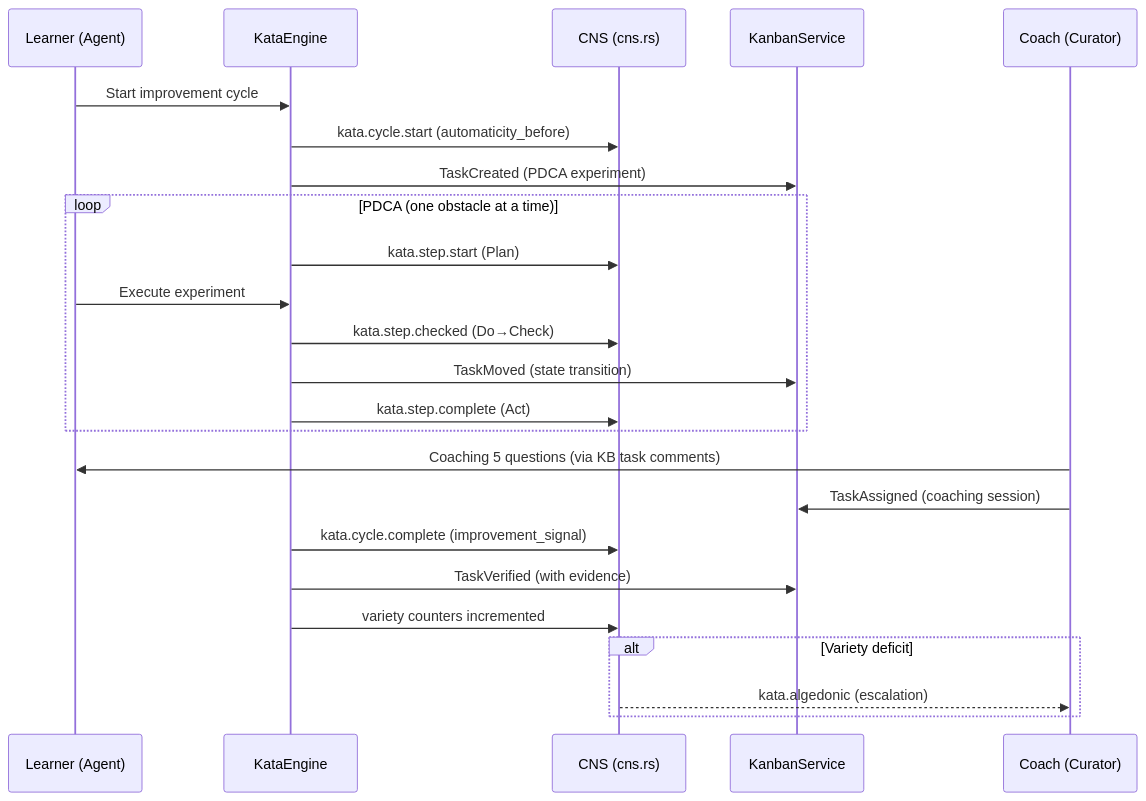
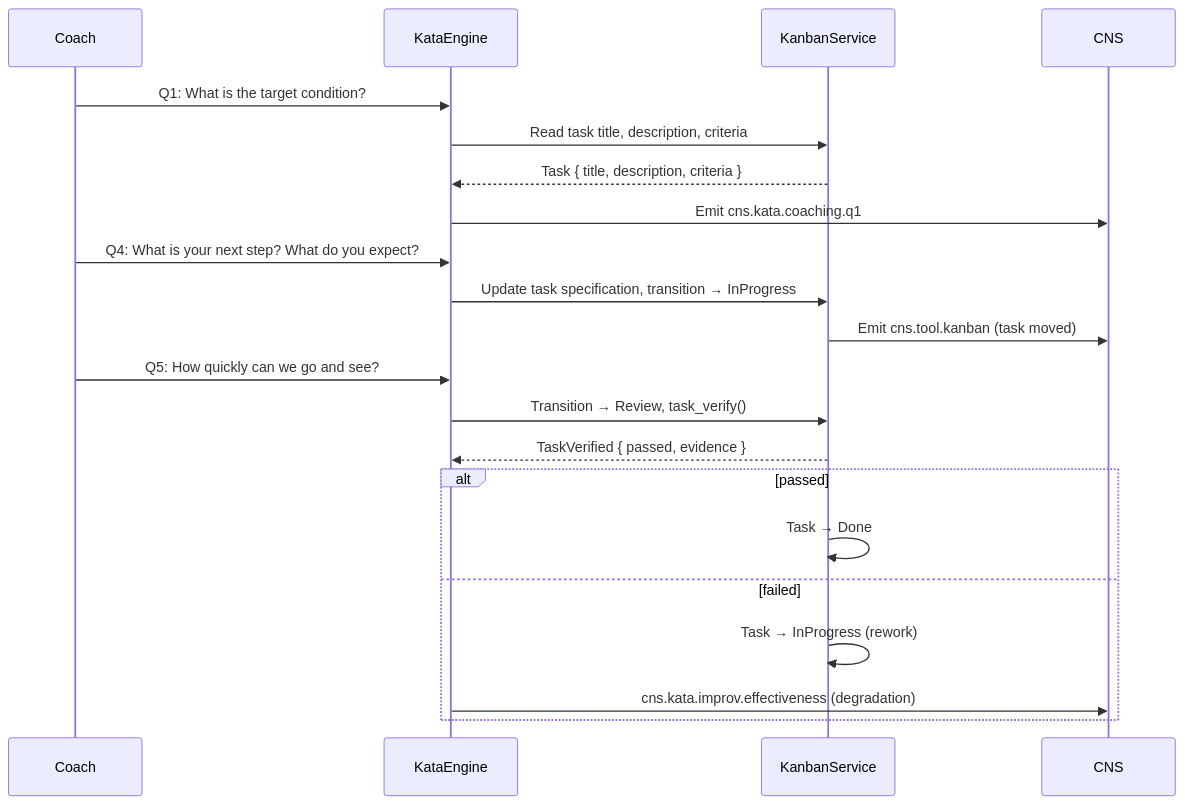
The fourth of 8 diagrams in docs/architecture/hKask-architecture-master.md (mdz-axo/hKask), drawn with Mermaid before and after one commit. The commit also changed other lines of this file and 23 other files, not shown here.

````diff
--- a/docs/architecture/hKask-architecture-master.md
+++ b/docs/architecture/hKask-architecture-master.md
@@ -544,31 +548,27 @@
 ```mermaid
 sequenceDiagram
-    participant L as Learner (Agent)
-    participant KE as KataEngine
-    participant CNS as CNS (cns.rs)
-    participant KB as KanbanService
-    participant C as Coach (Curator)
+    participant Coach
+    participant KataEngine
+    participant KanbanService
+    participant CNS
 
-    L->>KE: Start improvement cycle
-    KE->>CNS: kata.cycle.start (automaticity_before)
-    KE->>KB: TaskCreated (PDCA experiment)
-    
-    loop PDCA (one obstacle at a time)
-        KE->>CNS: kata.step.start (Plan)
-        L->>KE: Execute experiment
-        KE->>CNS: kata.step.checked (Do→Check)
-        KE->>KB: TaskMoved (state transition)
-        KE->>CNS: kata.step.complete (Act)
-    end
-    
-    C->>L: Coaching 5 questions (via KB task comments)
-    C->>KB: TaskAssigned (coaching session)
-    
-    KE->>CNS: kata.cycle.complete (improvement_signal)
-    KE->>KB: TaskVerified (with evidence)
-    KE->>CNS: variety counters incremented
-    
-    alt Variety deficit
-        CNS-->>C: kata.algedonic (escalation)
+    Coach->>KataEngine: Q1: What is the target condition?
+    KataEngine->>KanbanService: Read task title, description, criteria
+    KanbanService-->>KataEngine: Task { title, description, criteria }
+    KataEngine->>CNS: Emit cns.kata.coaching.q1
+
+    Coach->>KataEngine: Q4: What is your next step? What do you expect?
+    KataEngine->>KanbanService: Update task specification, transition → InProgress
+    KanbanService->>CNS: Emit cns.tool.kanban (task moved)
+
+    Coach->>KataEngine: Q5: How quickly can we go and see?
+    KataEngine->>KanbanService: Transition → Review, task_verify()
+    KanbanService-->>KataEngine: TaskVerified { passed, evidence }
+
+    alt passed
+        KanbanService->>KanbanService: Task → Done
+    else failed
+        KanbanService->>KanbanService: Task → InProgress (rework)
+        KataEngine->>CNS: cns.kata.improv.effectiveness (degradation)
     end
 ```
````
